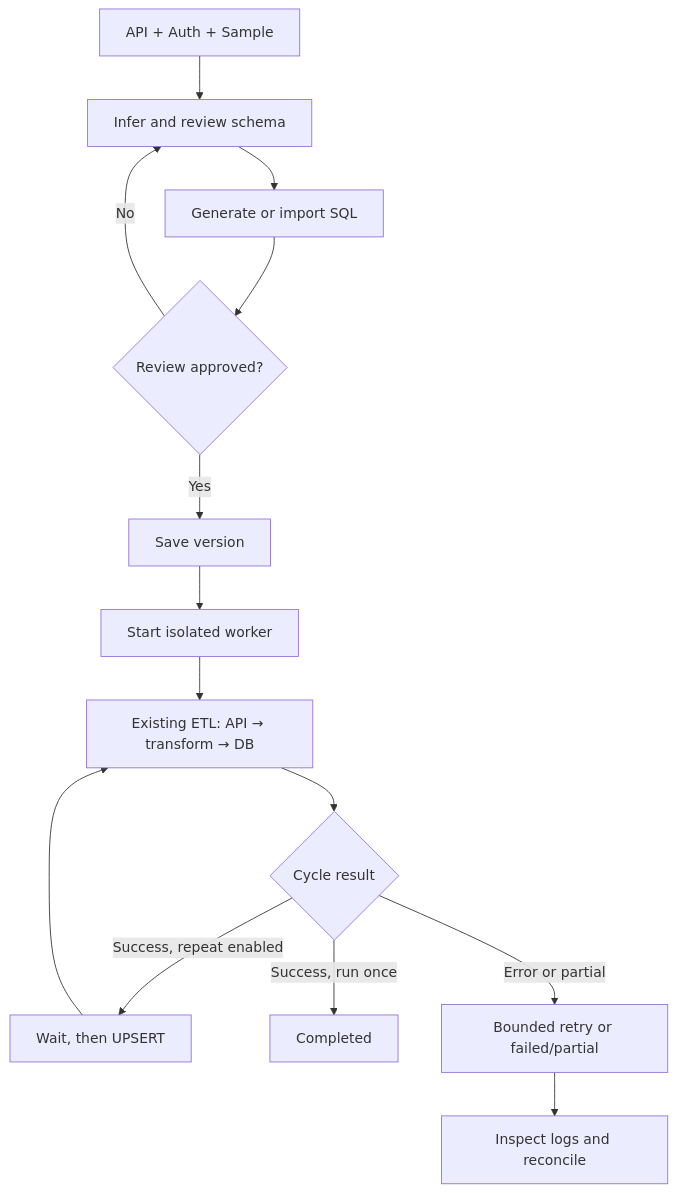
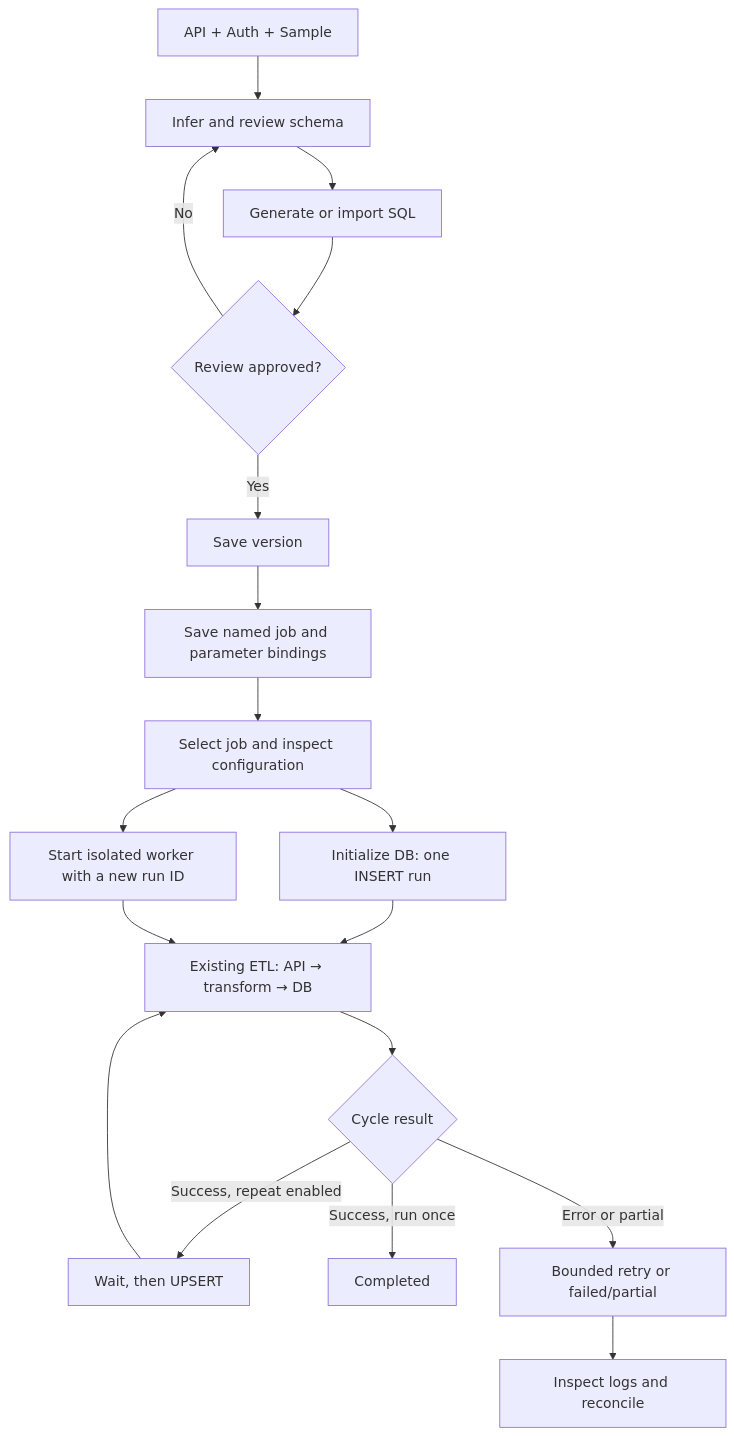
Before and after one commit to Haipt241/dynamic-etl-framework: the diagram in docs/USER_WORKFLOW.md, drawn with Mermaid. The commit also changed other lines of this file and 10 other files, not shown here.

````diff
--- a/docs/USER_WORKFLOW.md
+++ b/docs/USER_WORKFLOW.md
@@ -37,16 +48,20 @@
 ```mermaid
 flowchart TD
     A["API + Auth + Sample"] --> B["Infer and review schema"]
     B --> C["Generate or import SQL"]
     C --> D{"Review approved?"}
     D -->|No| B
     D -->|Yes| E["Save version"]
-    E --> F["Start isolated worker"]
+    E --> S["Save named job and parameter bindings"]
+    S --> T["Select job and inspect configuration"]
+    T --> F["Start isolated worker with a new run ID"]
+    T --> P["Initialize DB: one INSERT run"]
+    P --> G
     F --> G["Existing ETL: API → transform → DB"]
     G --> H{"Cycle result"}
     H -->|Success, repeat enabled| I["Wait, then UPSERT"]
     I --> G
     H -->|Success, run once| J["Completed"]
     H -->|Error or partial| K["Bounded retry or failed/partial"]
     K --> L["Inspect logs and reconcile"]
 ```
````
